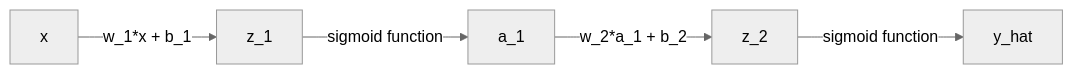
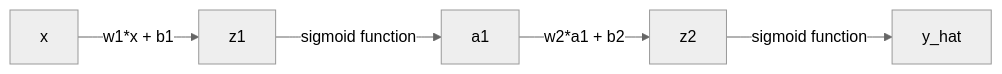
The third of 4 diagrams in blog_posts/backpropagation_various_sources.md (erikaduan/textbook_notes), drawn with Mermaid (neutral theme) before and after one commit. The commit also changed other lines of this file and 1 other file, not shown here.

````diff
--- a/blog_posts/backpropagation_various_sources.md
+++ b/blog_posts/backpropagation_various_sources.md
@@ -618,8 +662,8 @@
 ``` mermaid
 flowchart LR 
-  x --w_1*x + b_1--> z_1
-  z_1 --sigmoid function--> a_1 
+  x --w1*x + b1--> z1
+  z1 --sigmoid function--> a1 
   
-  a_1 --w_2*a_1 + b_2--> z_2
-  z_2 --sigmoid function--> y_hat
+  a1 --w2*a1 + b2--> z2
+  z2 --sigmoid function--> y_hat
 ```
````
